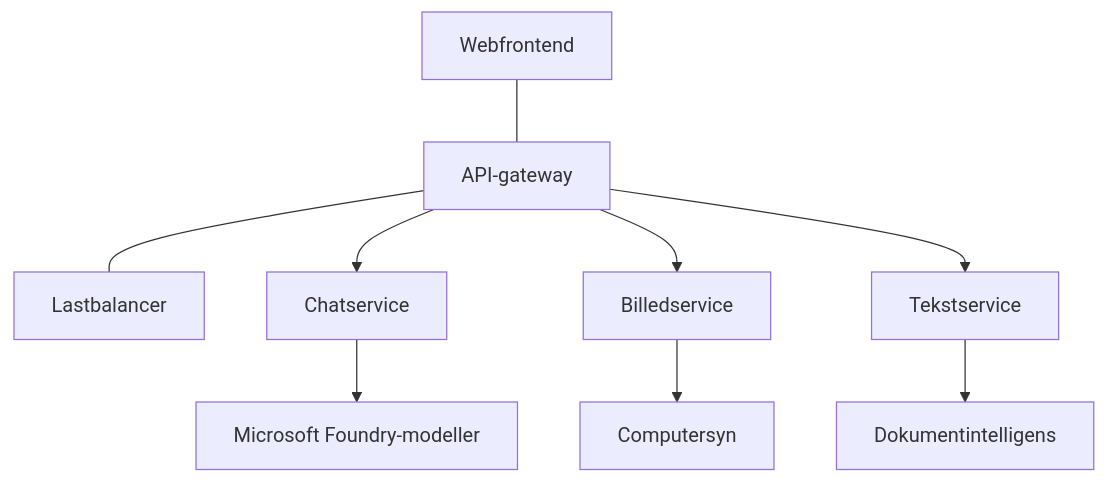
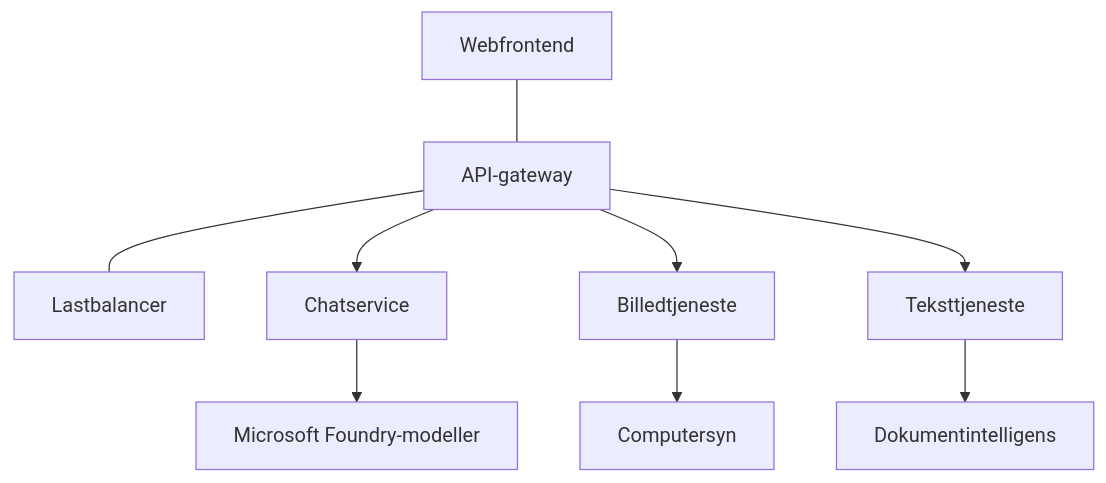
The diagram in translations/da/docs/chapter-08-production/production-ai-practices.md (microsoft/AZD-for-beginners), drawn with Mermaid before and after one commit. The commit also changed other lines of this file and 101 other files, not shown here.

````diff
--- a/translations/da/docs/chapter-08-production/production-ai-practices.md
+++ b/translations/da/docs/chapter-08-production/production-ai-practices.md
@@ -30,10 +30,10 @@
 ```mermaid
 graph TD
     Frontend[Webfrontend] --- Gateway[API-gateway] --- LB[Lastbalancer]
     Gateway --> Chat[Chatservice]
-    Gateway --> Image[Billedservice]
-    Gateway --> Text[Tekstservice]
+    Gateway --> Image[Billedtjeneste]
+    Gateway --> Text[Teksttjeneste]
     Chat --> OpenAI[Microsoft Foundry-modeller]
     Image --> Vision[Computersyn]
     Text --> DocIntel[Dokumentintelligens]
 ```
````
